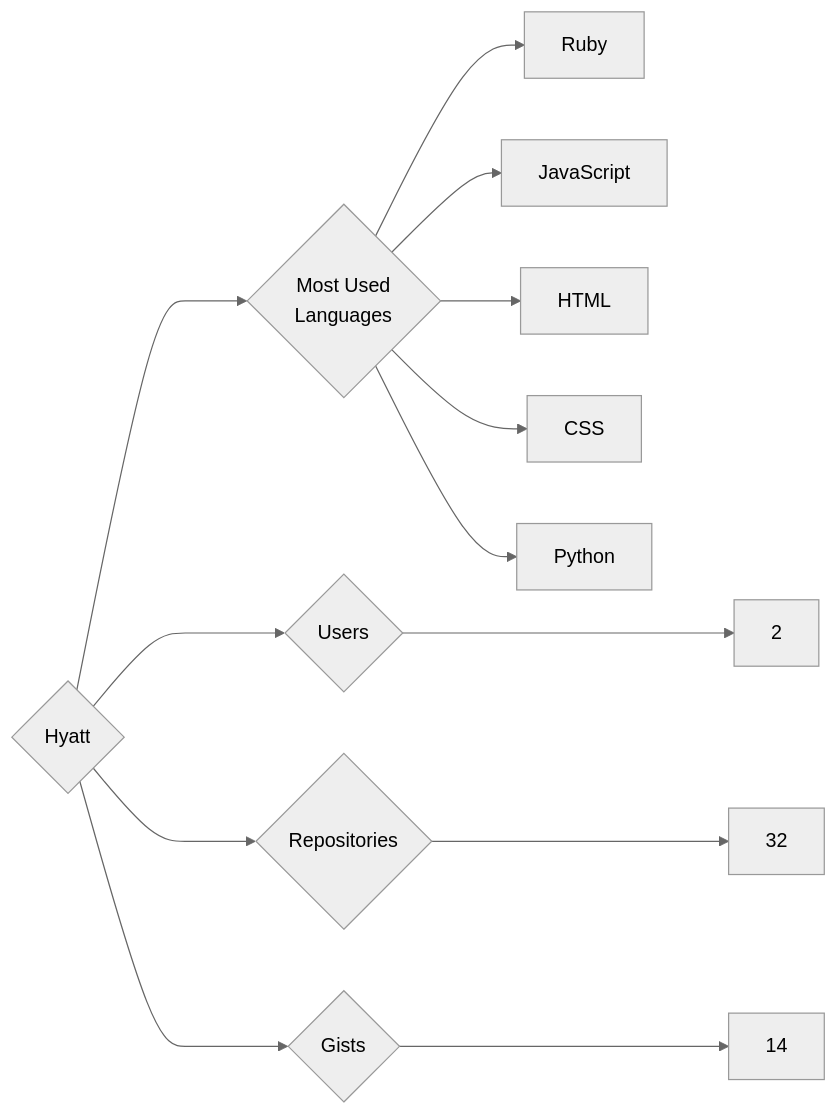
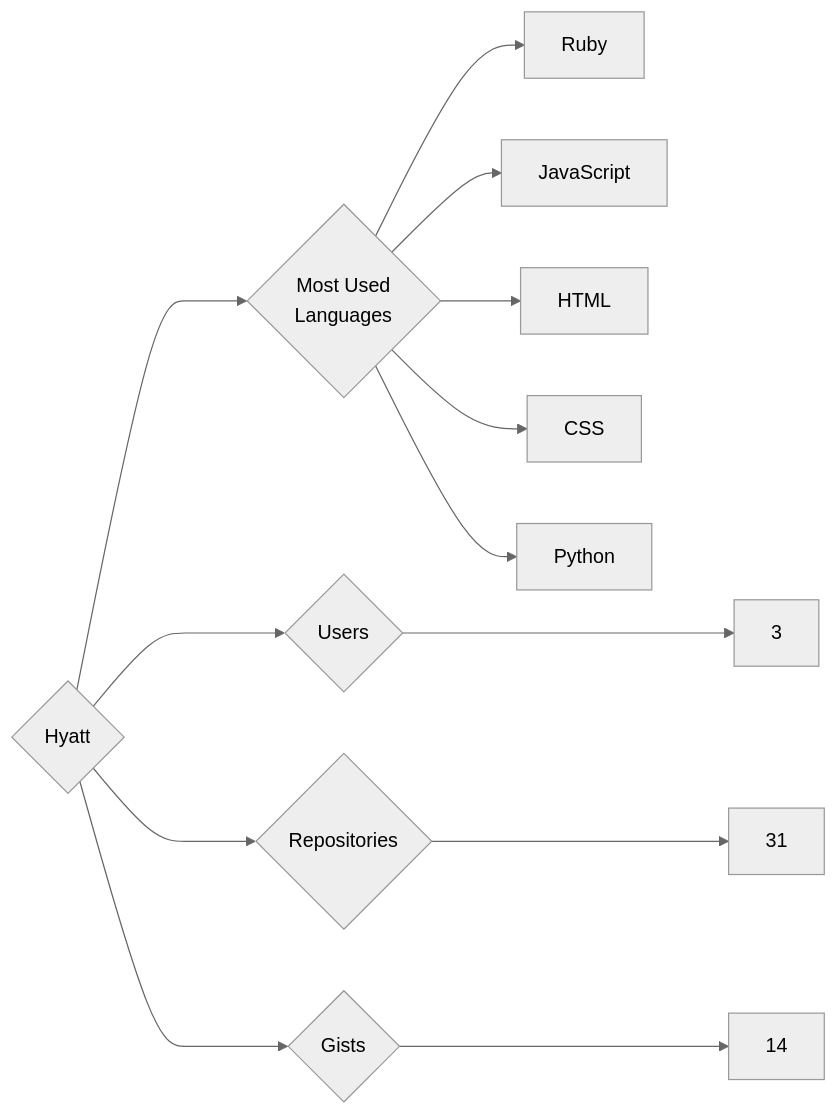
Before and after one commit to trickest/insiders: the diagram in targets/Hyatt/README.md, drawn with Mermaid (neutral theme). The commit also changed 1141 other files, not shown here.

````diff
--- a/targets/Hyatt/README.md
+++ b/targets/Hyatt/README.md
@@ -3,13 +3,13 @@
 ```mermaid
 graph LR
 COMPANY_NAME{Hyatt}
-COMPANY_NAME ---> U{Users} ---> UN[2]
-COMPANY_NAME ---> R{Repositories} ---> RN[32]
+COMPANY_NAME ---> U{Users} ---> UN[3]
+COMPANY_NAME ---> R{Repositories} ---> RN[31]
 COMPANY_NAME ---> G{Gists} ---> GN[14]
 COMPANY_NAME ---> ML{Most Used<br>Languages}
 ML --> Ruby[Ruby]
 ML --> JavaScript[JavaScript]
 ML --> HTML[HTML]
 ML --> CSS[CSS]
 ML --> Python[Python]
 ```
````
